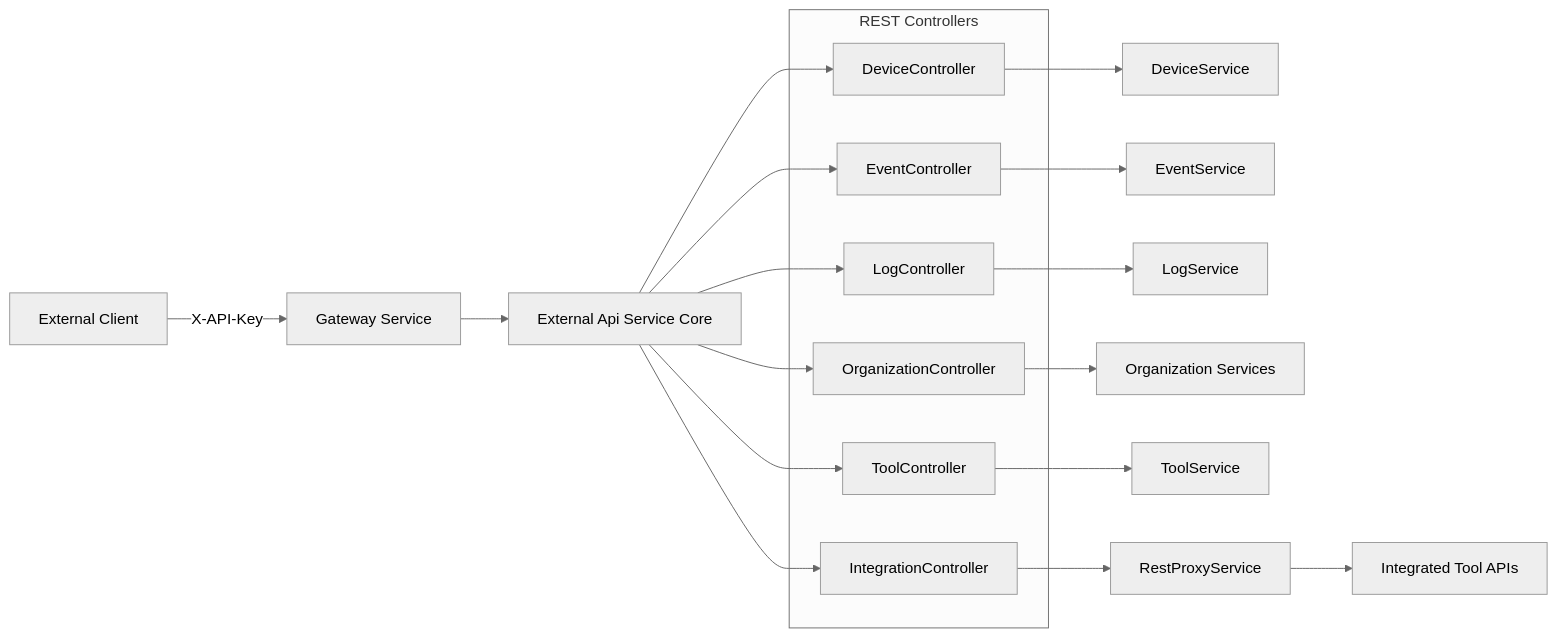
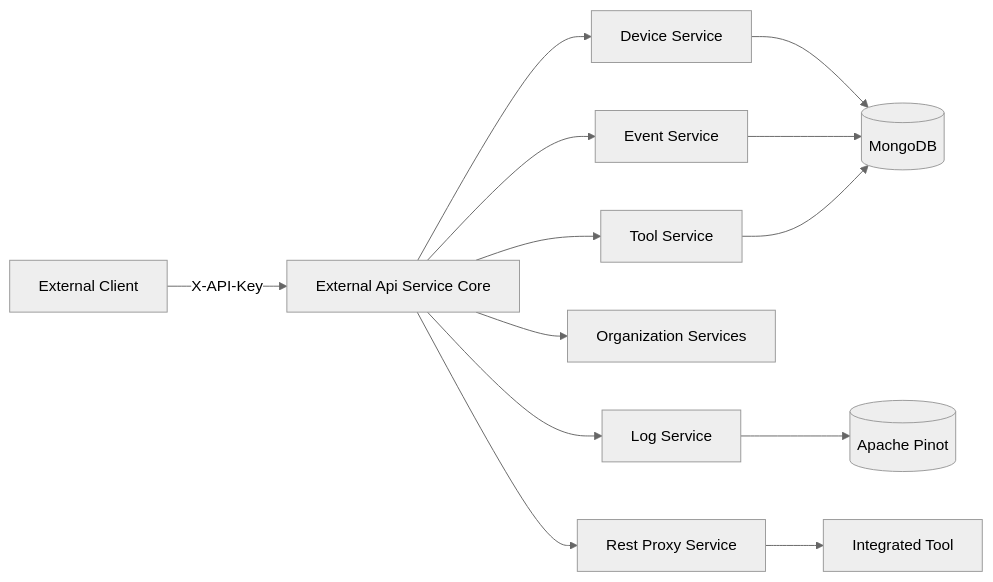
The diagram in docs/diagrams/architecture/external-api-service-core.mmd (flamingo-stack/openframe-oss-lib), drawn with Mermaid (neutral theme) before and after one commit. The commit also changed 1819 other files, not shown here.

```diff
--- a/docs/diagrams/architecture/external-api-service-core.mmd
+++ b/docs/diagrams/architecture/external-api-service-core.mmd
@@ -1,28 +1,16 @@
 flowchart LR
-    Client["External Client"] -->|"X-API-Key"| Gateway["Gateway Service"]
-    Gateway --> ExternalApi["External Api Service Core"]
+    Client["External Client"] -->|"X-API-Key"| ExternalAPI["External Api Service Core"]
 
-    subgraph controllers["REST Controllers"]
-        DeviceCtrl["DeviceController"]
-        EventCtrl["EventController"]
-        LogCtrl["LogController"]
-        OrgCtrl["OrganizationController"]
-        ToolCtrl["ToolController"]
-        IntegrationCtrl["IntegrationController"]
-    end
+    ExternalAPI --> DeviceService["Device Service"]
+    ExternalAPI --> EventService["Event Service"]
+    ExternalAPI --> LogService["Log Service"]
+    ExternalAPI --> OrganizationService["Organization Services"]
+    ExternalAPI --> ToolService["Tool Service"]
 
-    ExternalApi --> DeviceCtrl
-    ExternalApi --> EventCtrl
-    ExternalApi --> LogCtrl
-    ExternalApi --> OrgCtrl
-    ExternalApi --> ToolCtrl
-    ExternalApi --> IntegrationCtrl
+    ExternalAPI --> ProxyService["Rest Proxy Service"]
+    ProxyService --> IntegratedTool["Integrated Tool"]
 
-    DeviceCtrl --> DeviceService["DeviceService"]
-    EventCtrl --> EventService["EventService"]
-    LogCtrl --> LogService["LogService"]
-    OrgCtrl --> OrgServices["Organization Services"]
-    ToolCtrl --> ToolService["ToolService"]
-
-    IntegrationCtrl --> RestProxy["RestProxyService"]
-    RestProxy --> IntegratedTool["Integrated Tool APIs"]
+    DeviceService --> MongoDB[("MongoDB")]
+    EventService --> MongoDB
+    LogService --> Pinot[("Apache Pinot")]
+    ToolService --> MongoDB
```
